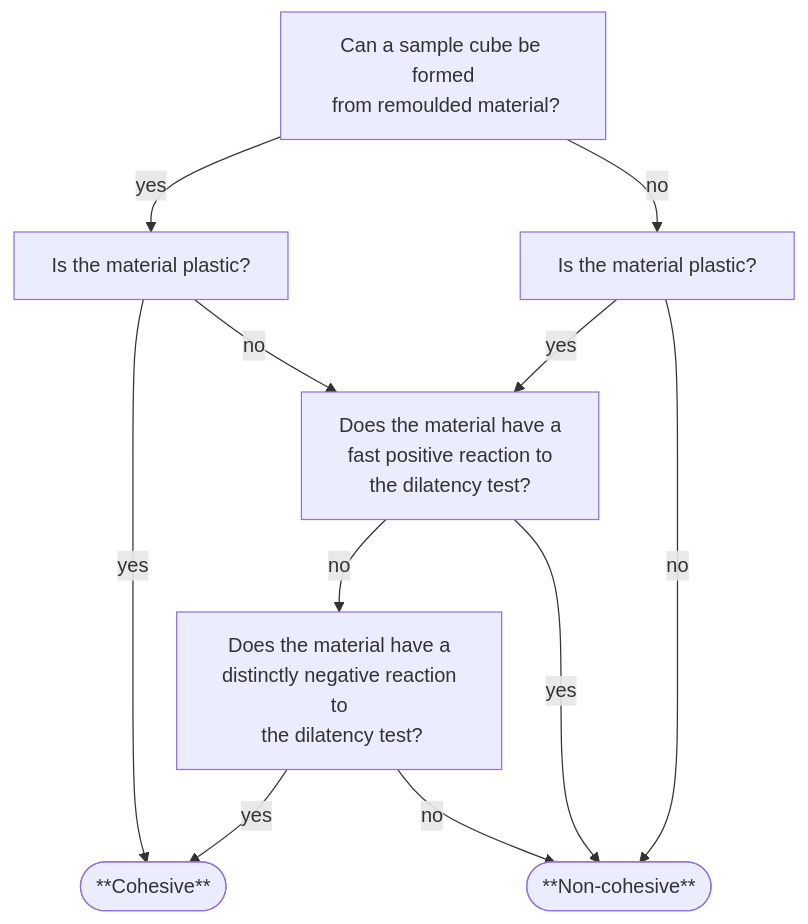
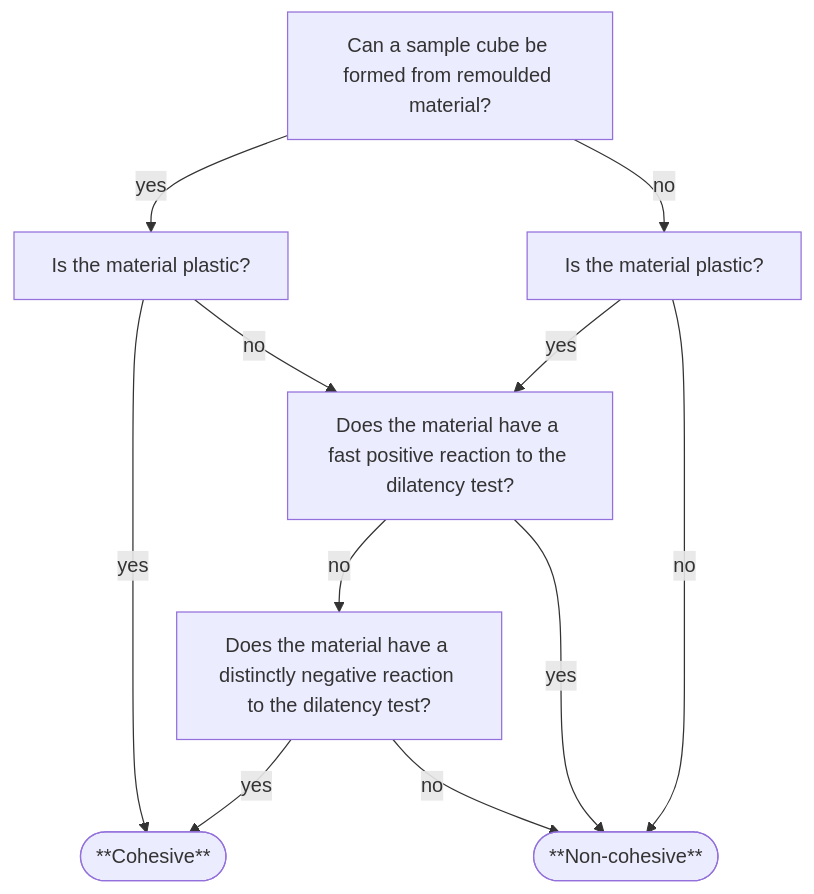
The diagram in hr_05_physical_properties.qmd (manaakiwhenua/NZ_soildesc_2024), drawn with Mermaid before and after one commit. The commit also changed other lines of this file and 11 other files, not shown here.

````diff
--- a/hr_05_physical_properties.qmd
+++ b/hr_05_physical_properties.qmd
@@ -46,17 +46,17 @@
 ```{mermaid}
 %%| label:  fig-cn-cohes
 %%| fig-cap: Determining sample cohesion
 
 flowchart TD
-  q1["Can a sample cube be formed\n from remoulded material?"] -->|yes| q2[Is the material plastic?]
+  q1["Can a sample cube be formed from remoulded material?"] -->|yes| q2[Is the material plastic?]
   q2 ---->|yes| a1(["**Cohesive**"])
   q1 -->|no| q3[Is the material plastic?]
   q3 -->|yes| q4
-  q2 -->|no| q4["Does the material have a\n fast positive reaction to\n the dilatency test?"]
-  q4 -->|no| q5["Does the material have a\n distinctly negative reaction to\n the dilatency test?"]
+  q2 -->|no| q4["Does the material have a fast positive reaction to the dilatency test?"]
+  q4 -->|no| q5["Does the material have a distinctly negative reaction to the dilatency test?"]
   q4 --->|yes| a2
   q3 ---->|no| a2(["**Non-cohesive**"])
   q5 -->|yes| a1
   q5 -->|no| a2
 
 ```
````
